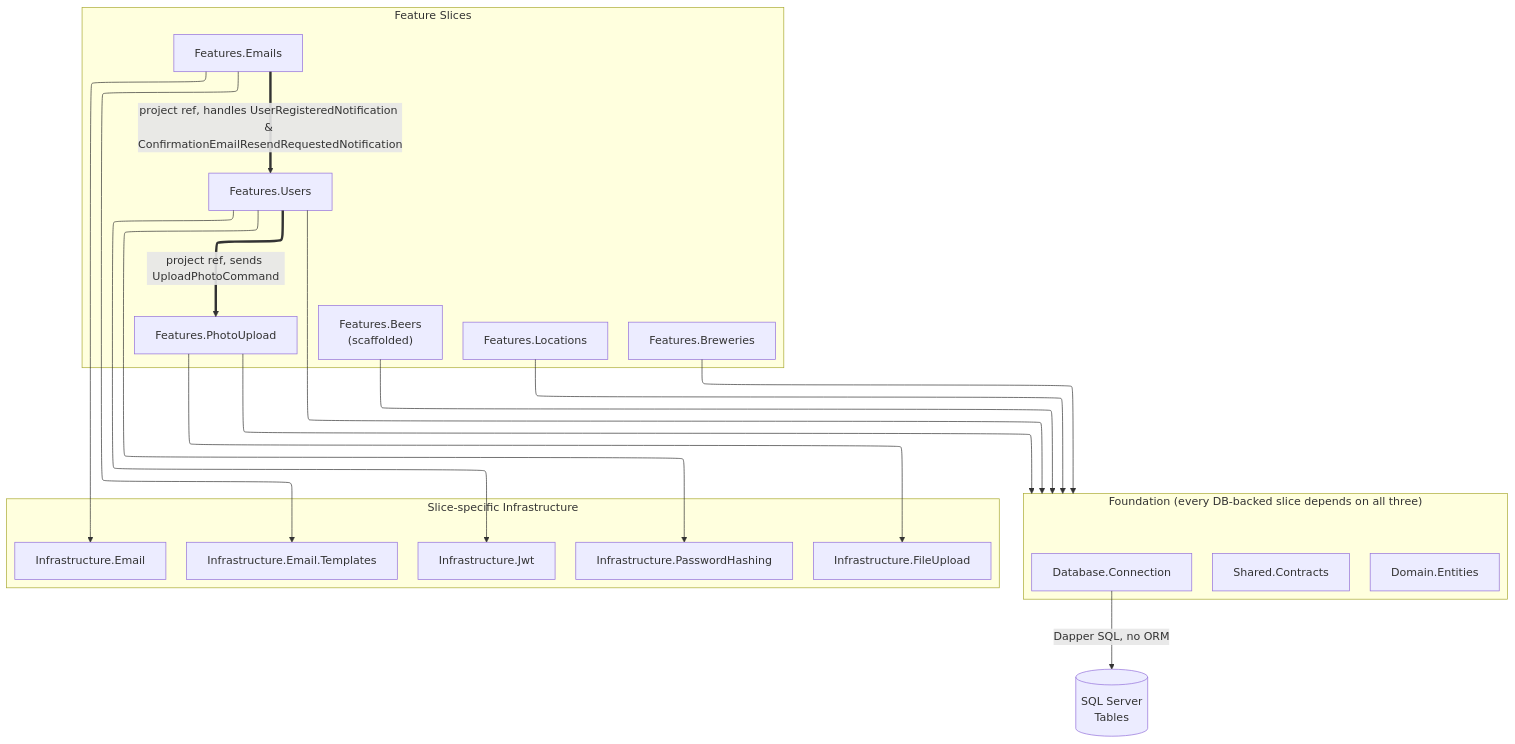
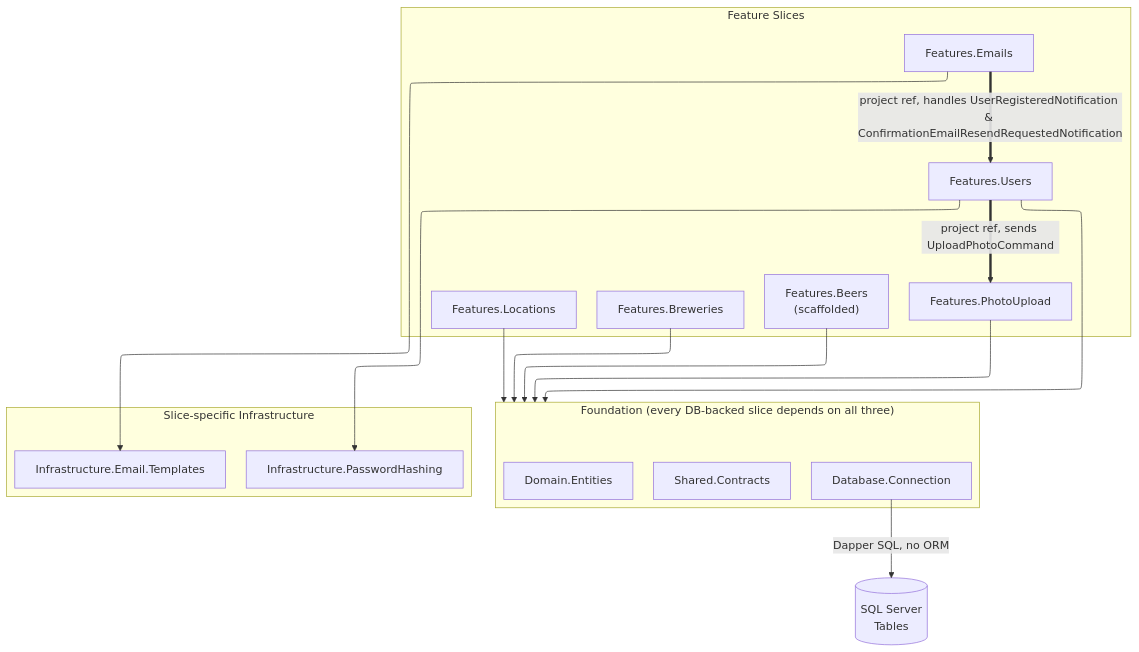
One commit to aaronpo97/the-biergarten-app changed the diagram in docs/web/diagrams/vertical-slice/project-references.mmd. Above: the diagram before and after it, drawn with Mermaid. The commit also changed 58 other files, not shown here.

```diff
--- a/docs/web/diagrams/vertical-slice/project-references.mmd
+++ b/docs/web/diagrams/vertical-slice/project-references.mmd
@@ -1,41 +1,38 @@
 ---
 config:
    layout: elk
 ---
 
 flowchart TB
 subgraph SLICES["Feature Slices"]
 direction LR
 BrewerySlice["Features.Breweries"]
 LocationsSlice["Features.Locations"]
 BeersSlice["Features.Beers<br>(scaffolded)"]
 PhotoSlice["Features.PhotoUpload"]
 UsersSlice["Features.Users"]
 EmailsSlice["Features.Emails"]
 end
 
 subgraph FOUNDATION["Foundation (every DB-backed slice depends on all three)"]
 direction LR
 SharedContracts["Shared.Contracts"]
 Domain["Domain.Entities"]
 DBConn["Database.Connection"]
 end
 
 subgraph INFRA["Slice-specific Infrastructure"]
 direction LR
-JWT["Infrastructure.Jwt"]
 PwdHash["Infrastructure.PasswordHashing"]
-FileUpload["Infrastructure.FileUpload"]
-Email["Infrastructure.Email"]
 EmailTemplates["Infrastructure.Email.Templates"]
 end
 
 UsersSlice == project ref, sends UploadPhotoCommand ==> PhotoSlice
 EmailsSlice == project ref, handles UserRegisteredNotification & ConfirmationEmailResendRequestedNotification ==> UsersSlice
 BrewerySlice --> FOUNDATION
 LocationsSlice --> FOUNDATION
 BeersSlice --> FOUNDATION
-PhotoSlice --> FOUNDATION & FileUpload
-UsersSlice --> FOUNDATION & JWT & PwdHash
-EmailsSlice --> Email & EmailTemplates
+PhotoSlice --> FOUNDATION
+UsersSlice --> FOUNDATION & PwdHash
+EmailsSlice --> EmailTemplates
 DBConn -- Dapper SQL, no ORM --> Tables[("SQL Server<br>Tables")]
```
